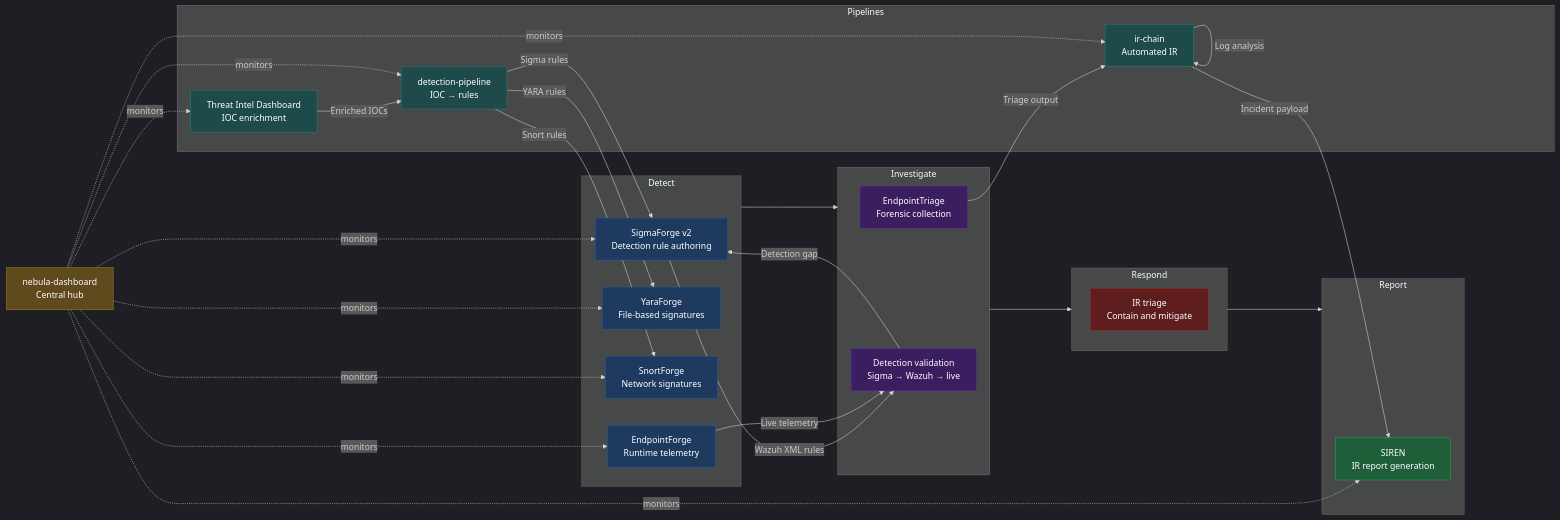
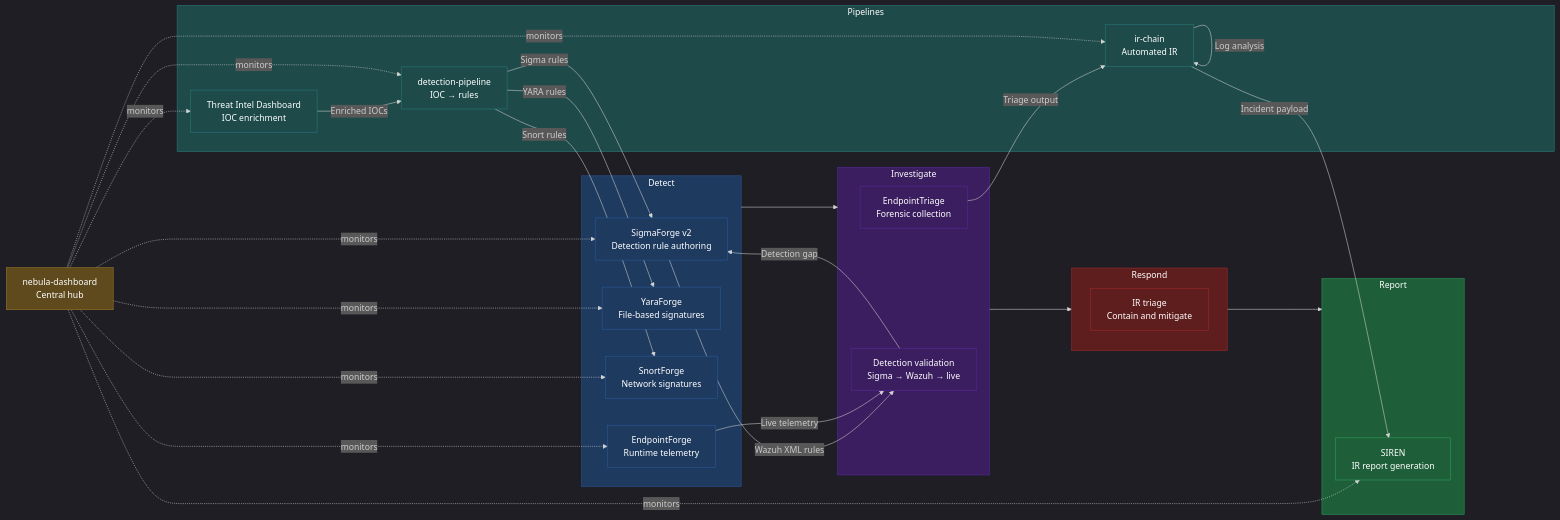
The diagram in README.md (Rootless-Ghost/Nebula-Forge), drawn with Mermaid before and after one commit.

````diff
--- a/README.md
+++ b/README.md
@@ -17,69 +17,75 @@
 ```mermaid
 %%{init: {'theme': 'dark'}}%%
 flowchart LR
     subgraph Detect
         SF[SigmaForge v2\nDetection rule authoring]
         YF[YaraForge\nFile-based signatures]
         SNF[SnortForge\nNetwork signatures]
         EF[EndpointForge\nRuntime telemetry]
     end
 
     subgraph Investigate
         ET[EndpointTriage\nForensic collection]
         DV[Detection validation\nSigma → Wazuh → live]
     end
 
     subgraph Respond
         IR[IR triage\nContain and mitigate]
     end
 
     subgraph Report
         SR[SIREN\nIR report generation]
     end
 
     subgraph Pipelines
         TI[Threat Intel Dashboard\nIOC enrichment]
         DP[detection-pipeline\nIOC → rules]
         IC[ir-chain\nAutomated IR]
     end
 
     ND[nebula-dashboard\nCentral hub]
 
     Detect --> Investigate --> Respond --> Report
 
     SF -->|Wazuh XML rules| DV
     EF -->|Live telemetry| DV
     DV -->|Detection gap| SF
 
     TI -->|Enriched IOCs| DP
     DP -->|Sigma rules| SF
     DP -->|YARA rules| YF
     DP -->|Snort rules| SNF
 
     ET -->|Triage output| IC
     IC -->|Log analysis| IC
     IC -->|Incident payload| SR
 
     ND -.->|monitors| SF
     ND -.->|monitors| YF
     ND -.->|monitors| SNF
     ND -.->|monitors| EF
     ND -.->|monitors| TI
     ND -.->|monitors| SR
     ND -.->|monitors| DP
     ND -.->|monitors| IC
 
     classDef detect     fill:#1e3a5f,stroke:#2a5a9f,color:#fff
     classDef investigate fill:#3a1e5f,stroke:#5a2a9f,color:#fff
     classDef respond    fill:#5f1e1e,stroke:#9f2a2a,color:#fff
     classDef report     fill:#1e5f3a,stroke:#2a9f5a,color:#fff
     classDef pipeline   fill:#1e4a4a,stroke:#2a7a7a,color:#fff
     classDef hub        fill:#5f4a1e,stroke:#9f7a2a,color:#fff
 
     class SF,YF,SNF,EF detect
     class ET,DV investigate
     class IR respond
     class SR report
     class TI,DP,IC pipeline
     class ND hub
+
+    style Detect      fill:#1e3a5f,stroke:#2a5a9f,color:#fff
+    style Investigate fill:#3a1e5f,stroke:#5a2a9f,color:#fff
+    style Respond     fill:#5f1e1e,stroke:#9f2a2a,color:#fff
+    style Report      fill:#1e5f3a,stroke:#2a9f5a,color:#fff
+    style Pipelines   fill:#1e4a4a,stroke:#2a7a7a,color:#fff
 ```
````
